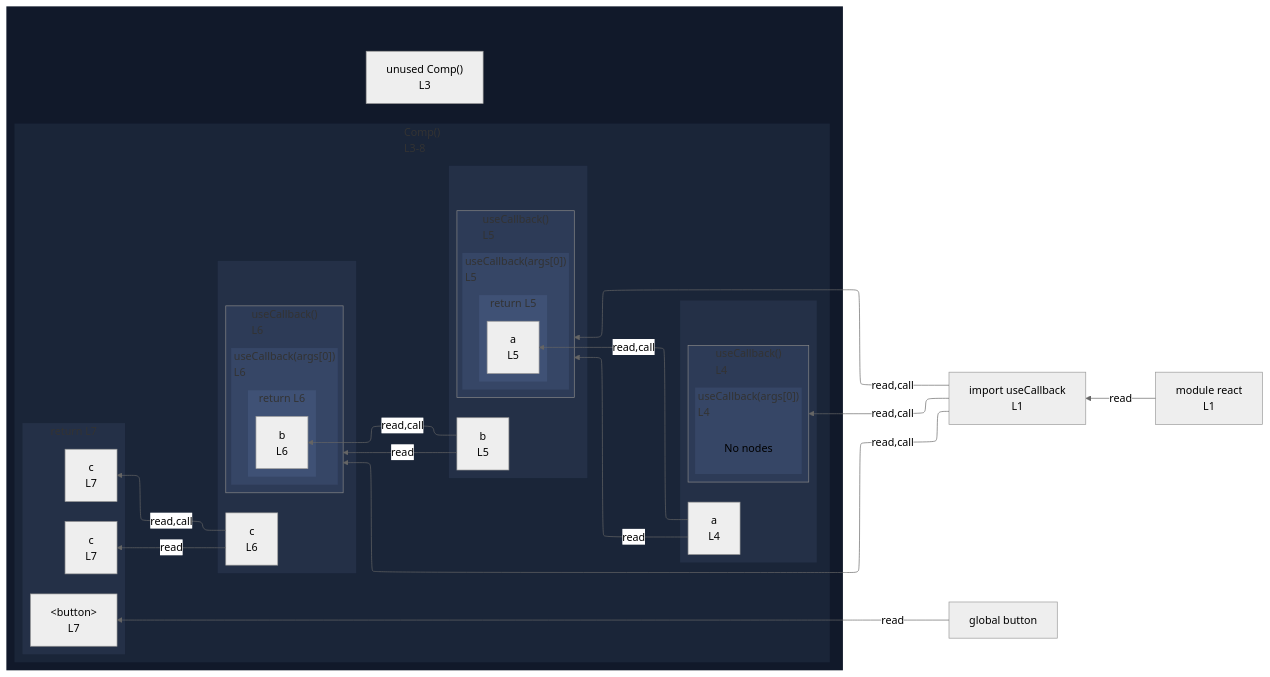
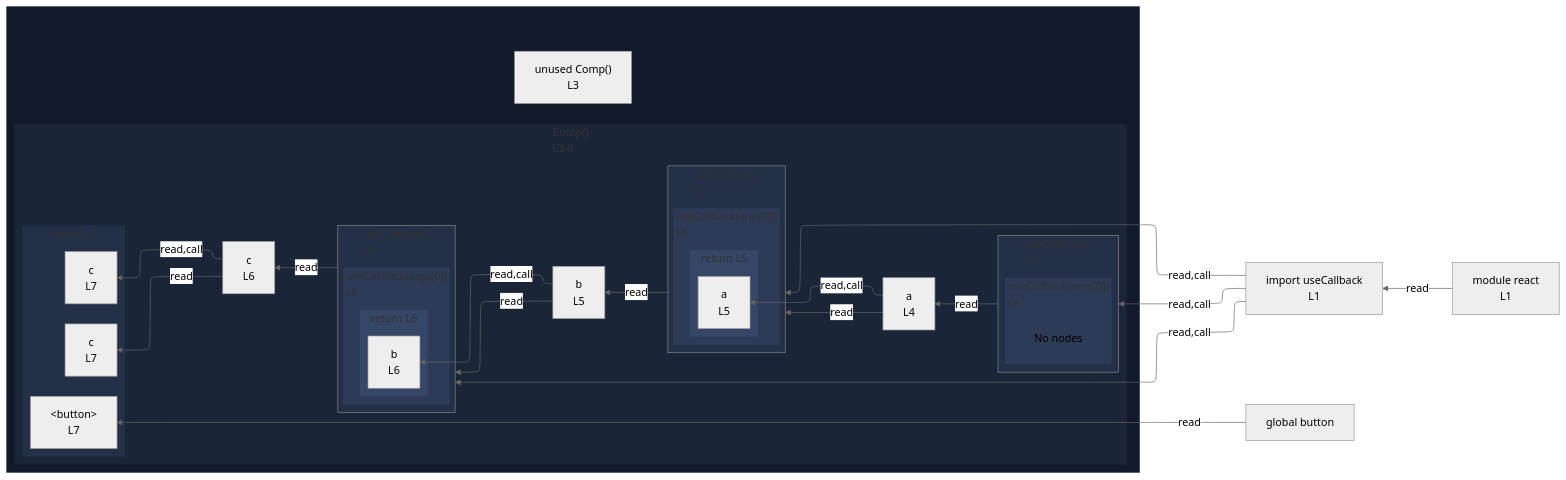
Before and after one commit to crescware/unsnarl: the diagram in integration/fixtures/jsx/use-callback-chain/preview.md, drawn with Mermaid (neutral theme). The commit also changed 105 other files, not shown here.

```diff
--- a/integration/fixtures/jsx/use-callback-chain/preview.md
+++ b/integration/fixtures/jsx/use-callback-chain/preview.md
@@ -25,42 +25,33 @@
     n_scope_0_Comp_44["unused Comp()<br/>L3"]
     subgraph s_scope_1["Comp()<br/>L3-8"]
       direction RL
-      subgraph wrap_call_proxy_71[" "]
-        direction TB
-        n_scope_1_a_67["a<br/>L4"]
-        subgraph call_proxy_71["useCallback()<br/>L4"]
+      n_scope_1_a_67["a<br/>L4"]
+      n_scope_1_b_105["b<br/>L5"]
+      n_scope_1_c_150["c<br/>L6"]
+      subgraph call_proxy_71["useCallback()<br/>L4"]
+        direction RL
+        subgraph s_scope_2["useCallback(args[0])<br/>L4"]
           direction RL
-          subgraph s_scope_2["useCallback(args[0])<br/>L4"]
+          elk_empty_s_scope_2["No nodes"]
+        end
+      end
+      subgraph call_proxy_109["useCallback()<br/>L5"]
+        direction RL
+        subgraph s_scope_3["useCallback(args[0])<br/>L5"]
+          direction RL
+          subgraph s_return_scope_0_Comp_44_127_134["return L5"]
             direction RL
-            elk_empty_s_scope_2["No nodes"]
+            ret_use_ref_5["a<br/>L5"]
           end
         end
       end
-      subgraph wrap_call_proxy_109[" "]
-        direction TB
-        n_scope_1_b_105["b<br/>L5"]
-        subgraph call_proxy_109["useCallback()<br/>L5"]
+      subgraph call_proxy_154["useCallback()<br/>L6"]
+        direction RL
+        subgraph s_scope_4["useCallback(args[0])<br/>L6"]
           direction RL
-          subgraph s_scope_3["useCallback(args[0])<br/>L5"]
+          subgraph s_return_scope_0_Comp_44_172_179["return L6"]
             direction RL
-            subgraph s_return_scope_0_Comp_44_127_134["return L5"]
-              direction RL
-              ret_use_ref_5["a<br/>L5"]
-            end
-          end
-        end
-      end
-      subgraph wrap_call_proxy_154[" "]
-        direction TB
-        n_scope_1_c_150["c<br/>L6"]
-        subgraph call_proxy_154["useCallback()<br/>L6"]
-          direction RL
-          subgraph s_scope_4["useCallback(args[0])<br/>L6"]
-            direction RL
-            subgraph s_return_scope_0_Comp_44_172_179["return L6"]
-              direction RL
-              ret_use_ref_9["b<br/>L6"]
-            end
+            ret_use_ref_9["b<br/>L6"]
           end
         end
       end
@@ -72,6 +63,9 @@
       end
     end
   end
+  call_proxy_71 -->|read| n_scope_1_a_67
+  call_proxy_109 -->|read| n_scope_1_b_105
+  call_proxy_154 -->|read| n_scope_1_c_150
   n_scope_0_useCallback_9 -->|read,call| call_proxy_71
   n_scope_0_useCallback_9 -->|read,call| call_proxy_109
   n_scope_1_a_67 -->|read,call| ret_use_ref_5
@@ -89,21 +83,17 @@
   classDef nestL2 fill:#1a2538,stroke:transparent;
   class s_scope_1 nestL2;
   classDef nestL3 fill:#243047,stroke:transparent;
-  class wrap_call_proxy_71 nestL3;
-  class wrap_call_proxy_109 nestL3;
-  class wrap_call_proxy_154 nestL3;
+  class call_proxy_71 nestL3;
+  class call_proxy_109 nestL3;
+  class call_proxy_154 nestL3;
   class s_return_scope_0_Comp_44_189_231 nestL3;
   classDef nestL4 fill:#2d3b57,stroke:transparent;
-  class call_proxy_71 nestL4;
-  class call_proxy_109 nestL4;
-  class call_proxy_154 nestL4;
+  class s_scope_2 nestL4;
+  class s_scope_3 nestL4;
+  class s_scope_4 nestL4;
   classDef nestL5 fill:#364666,stroke:transparent;
-  class s_scope_2 nestL5;
-  class s_scope_3 nestL5;
-  class s_scope_4 nestL5;
-  classDef nestL6 fill:#3f5175,stroke:transparent;
-  class s_return_scope_0_Comp_44_127_134 nestL6;
-  class s_return_scope_0_Comp_44_172_179 nestL6;
+  class s_return_scope_0_Comp_44_127_134 nestL5;
+  class s_return_scope_0_Comp_44_172_179 nestL5;
   classDef edgeTargetSubgraph stroke:#888;
   class call_proxy_71 edgeTargetSubgraph;
   class call_proxy_109 edgeTargetSubgraph;
```
